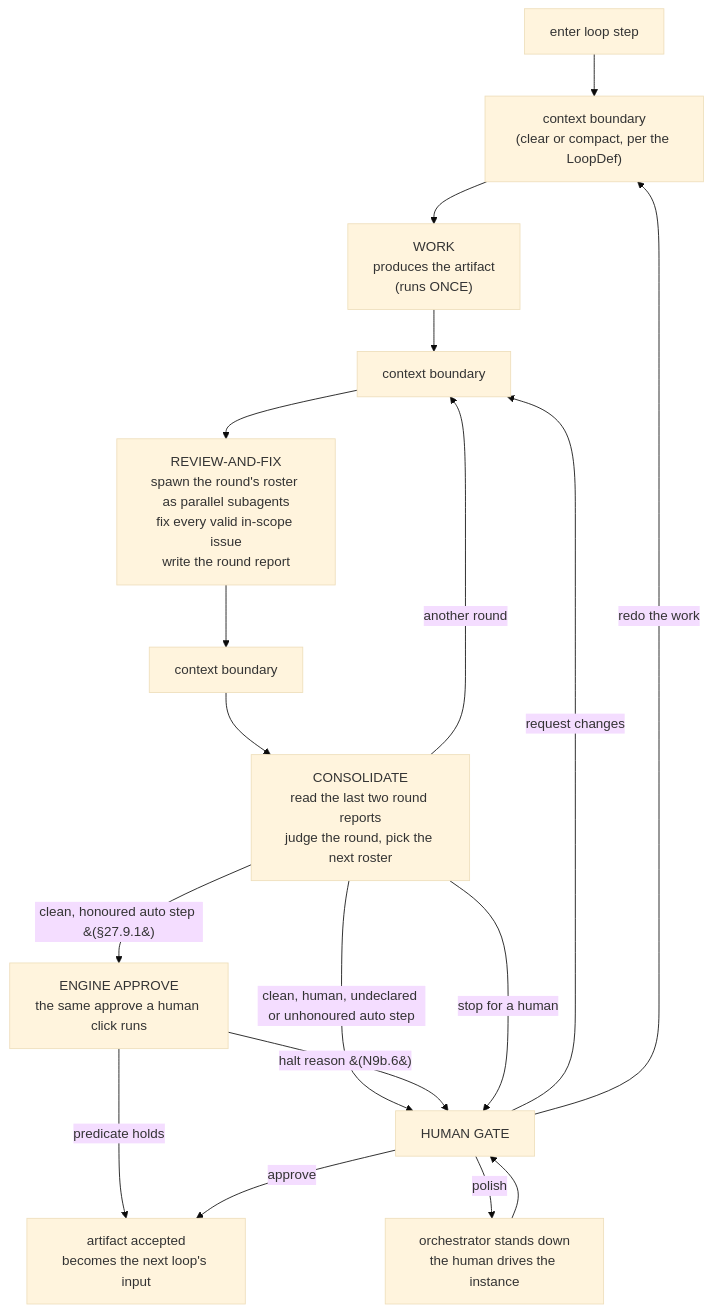
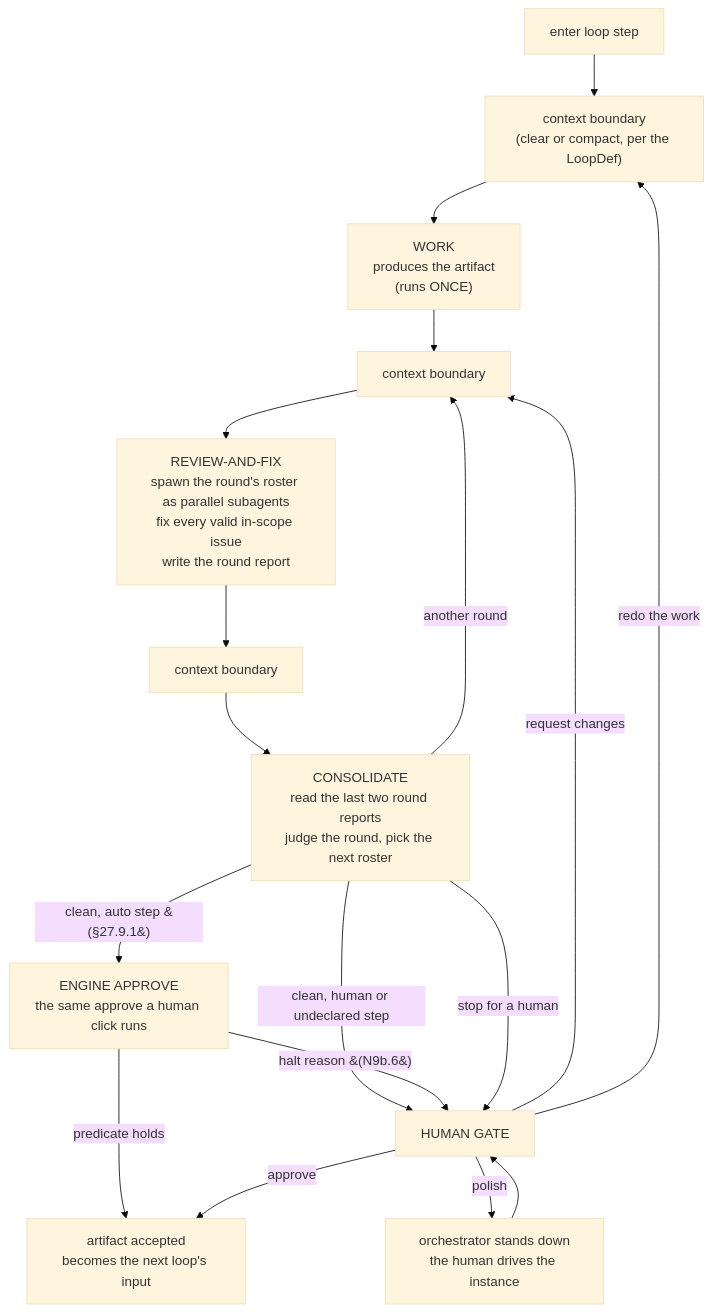
The first of 3 diagrams in docs/spec/27-in-terminal-loop-engine-the-live-design.md (dylanb/agent-terminal), drawn with Mermaid (base theme) before and after one commit. The commit also changed other lines of this file and 12 other files, not shown here.

````diff
--- a/docs/spec/27-in-terminal-loop-engine-the-live-design.md
+++ b/docs/spec/27-in-terminal-loop-engine-the-live-design.md
@@ -31,20 +31,20 @@
 ```mermaid
 flowchart TD
   START["enter loop step"] --> B0["context boundary<br/>(clear or compact, per the LoopDef)"]
   B0 --> WORK["WORK<br/>produces the artifact<br/>(runs ONCE)"]
   WORK --> B1["context boundary"]
   B1 --> RF["REVIEW-AND-FIX<br/>spawn the round's roster as parallel subagents<br/>fix every valid in-scope issue<br/>write the round report"]
   RF --> B2["context boundary"]
   B2 --> CONS["CONSOLIDATE<br/>read the last two round reports<br/>judge the round, pick the next roster"]
   CONS -->|"another round"| B1
-  CONS -->|"clean, human, undeclared or unhonoured auto step"| GATE["HUMAN GATE"]
-  CONS -->|"clean, honoured auto step &#40;§27.9.1&#41;"| ENGINE["ENGINE APPROVE<br/>the same approve a human click runs"]
+  CONS -->|"clean, human or undeclared step"| GATE["HUMAN GATE"]
+  CONS -->|"clean, auto step &#40;§27.9.1&#41;"| ENGINE["ENGINE APPROVE<br/>the same approve a human click runs"]
   ENGINE -->|"predicate holds"| DONE
   ENGINE -->|"halt reason &#40;N9b.6&#41;"| GATE
   CONS -->|"stop for a human"| GATE
   GATE -->|"request changes"| B1
   GATE -->|"redo the work"| B0
   GATE -->|"approve"| DONE["artifact accepted<br/>becomes the next loop's input"]
   GATE -->|"polish"| POLISH["orchestrator stands down<br/>the human drives the instance"]
   POLISH --> GATE
 ```
````
